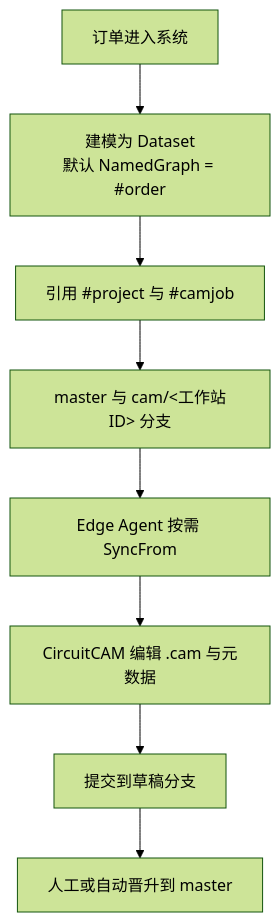
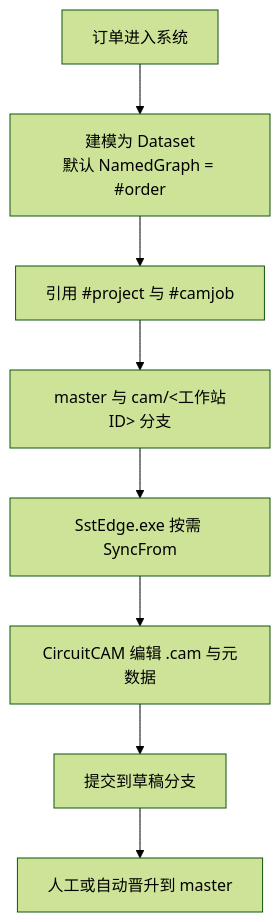
One commit to lyuliuyan/sst-core changed the third of 8 diagrams in .qoder/repowiki/zh/content/部署指南/CircuitCAM与CoCollaWorking集成方案.md. Above: the diagram before and after it, drawn with Mermaid (forest theme). The commit also changed other lines of this file and 1 other file, not shown here.

````diff
--- a/.qoder/repowiki/zh/content/部署指南/CircuitCAM与CoCollaWorking集成方案.md
+++ b/.qoder/repowiki/zh/content/部署指南/CircuitCAM与CoCollaWorking集成方案.md
@@ -120,10 +127,10 @@
 ```mermaid
 flowchart TD
 Start["订单进入系统"] --> Model["建模为 Dataset<br/>默认 NamedGraph = #order"]
 Model --> Imports["引用 #project 与 #camjob"]
 Imports --> Branch["master 与 cam/<工作站ID> 分支"]
-Branch --> Sync["Edge Agent 按需 SyncFrom"]
+Branch --> Sync["SstEdge.exe 按需 SyncFrom"]
 Sync --> Edit["CircuitCAM 编辑 .cam 与元数据"]
 Edit --> Push["提交到草稿分支"]
 Push --> Promote["人工或自动晋升到 master"]
 ```
````
